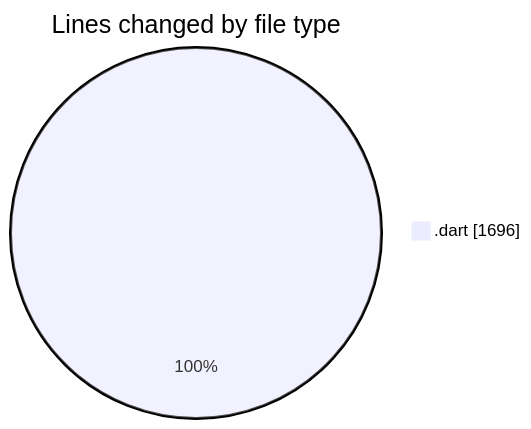
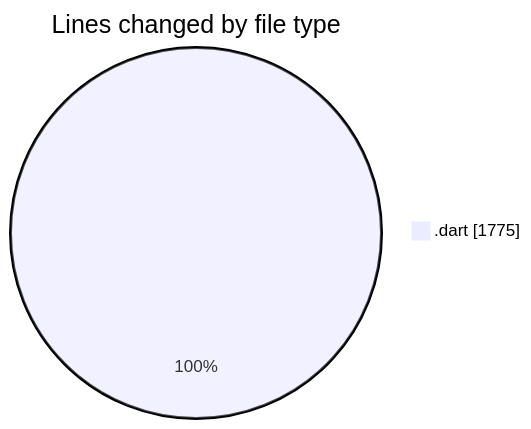
The first of 2 diagrams in 2025-04-10/trackers_app/README.md (donsfak/code-tracking), drawn with Mermaid before and after one commit. The commit also changed other lines of this file and 1 other file, not shown here.

````diff
--- a/2025-04-10/trackers_app/README.md
+++ b/2025-04-10/trackers_app/README.md
@@ -38,5 +38,5 @@
 ```mermaid
 pie showData
 title Lines changed by file type
-".dart" : 1696
+".dart" : 1775
 ```
````
